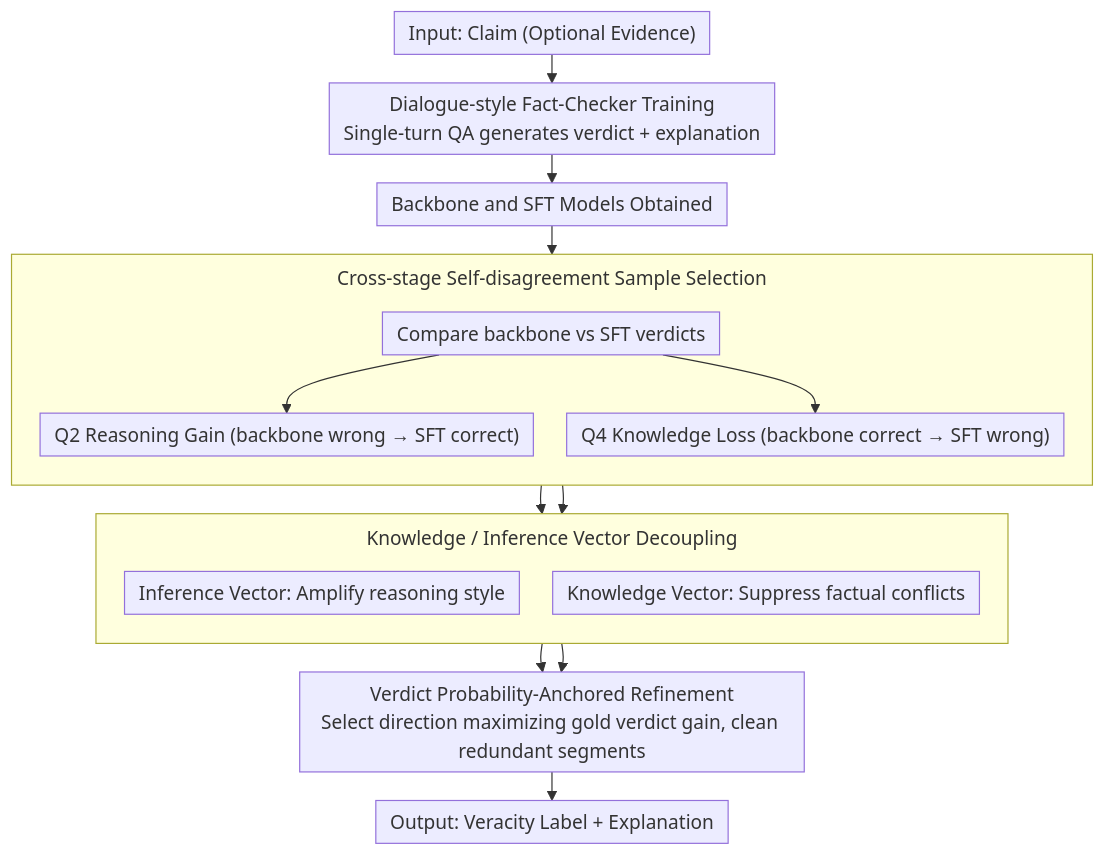
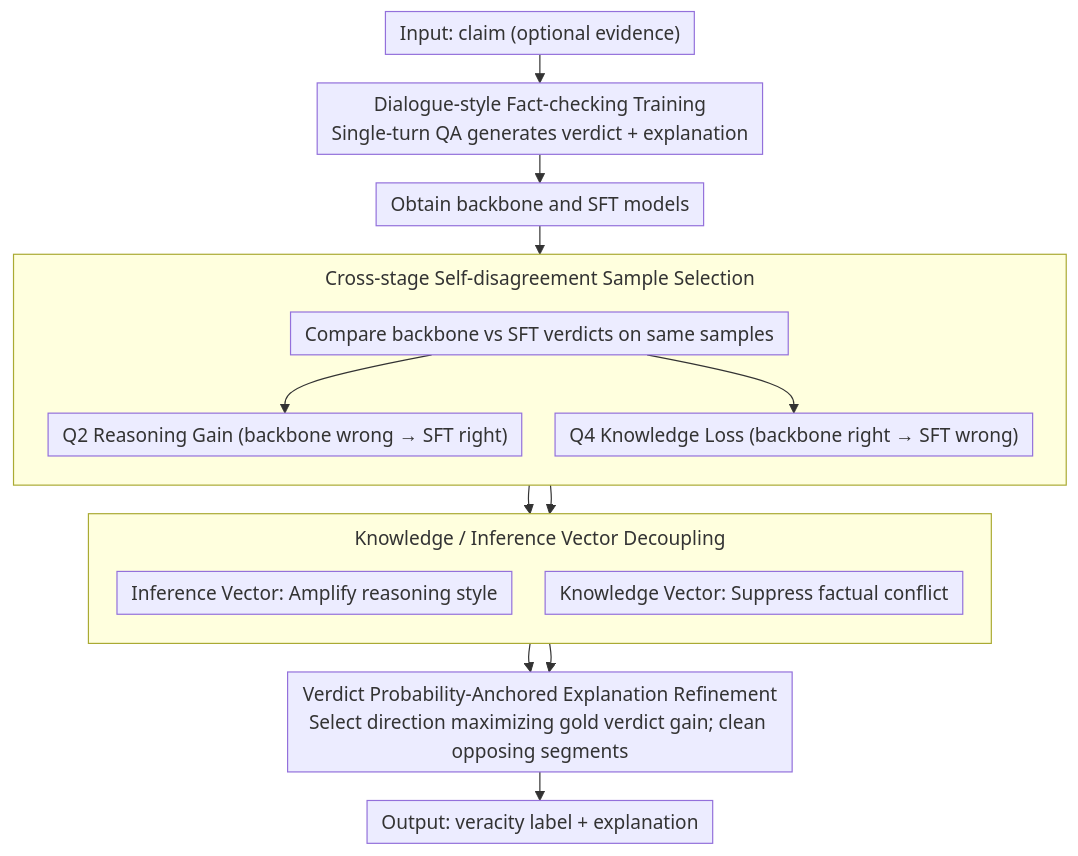
Before and after one commit to zhaoyang97/Paper-Notes-en: the diagram in docs/ACL2026/aigc_detection/reflex_self-refining_explainable_fact-checking_via_verdict-anchored_style_contro.md, drawn with Mermaid. The commit also changed other lines of this file and 5084 other files, not shown here.

````diff
--- a/docs/ACL2026/aigc_detection/reflex_self-refining_explainable_fact-checking_via_verdict-anchored_style_contro.md
+++ b/docs/ACL2026/aigc_detection/reflex_self-refining_explainable_fact-checking_via_verdict-anchored_style_contro.md
@@ -48,22 +48,22 @@
 ```mermaid
 %%{init: {'flowchart': {'rankSpacing': 24, 'nodeSpacing': 28, 'padding': 6, 'wrappingWidth': 400, 'subGraphTitleMargin': {'top': 8, 'bottom': 16}}}}%%
 flowchart TD
-    A["Input: Claim (Optional Evidence)"] --> B["Dialogue-style Fact-Checker Training<br/>Single-turn QA generates verdict + explanation"]
-    B --> C["Backbone and SFT Models Obtained"]
+    A["Input: claim (optional evidence)"] --> B["Dialogue-style Fact-checking Training<br/>Single-turn QA generates verdict + explanation"]
+    B --> C["Obtain backbone and SFT models"]
     subgraph SEL["Cross-stage Self-disagreement Sample Selection"]
         direction TB
-        D["Compare backbone vs SFT verdicts"] --> E["Q2 Reasoning Gain (backbone wrong → SFT correct)"]
-        D --> F["Q4 Knowledge Loss (backbone correct → SFT wrong)"]
+        D["Compare backbone vs SFT verdicts on same samples"] --> E["Q2 Reasoning Gain (backbone wrong → SFT right)"]
+        D --> F["Q4 Knowledge Loss (backbone right → SFT wrong)"]
     end
     C --> D
     subgraph DEC["Knowledge / Inference Vector Decoupling"]
         direction TB
         G["Inference Vector: Amplify reasoning style"]
-        H["Knowledge Vector: Suppress factual conflicts"]
+        H["Knowledge Vector: Suppress factual conflict"]
     end
     E --> G
     F --> H
-    G --> I["Verdict Probability-Anchored Refinement<br/>Select direction maximizing gold verdict gain, clean redundant segments"]
+    G --> I["Verdict Probability-Anchored Explanation Refinement<br/>Select direction maximizing gold verdict gain; clean opposing segments"]
     H --> I
-    I --> J["Output: Veracity Label + Explanation"]
+    I --> J["Output: veracity label + explanation"]
 ```
````
